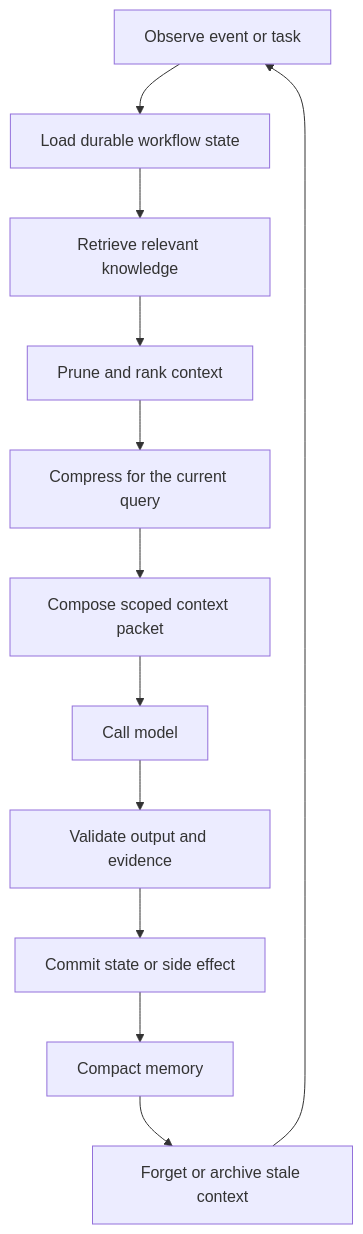
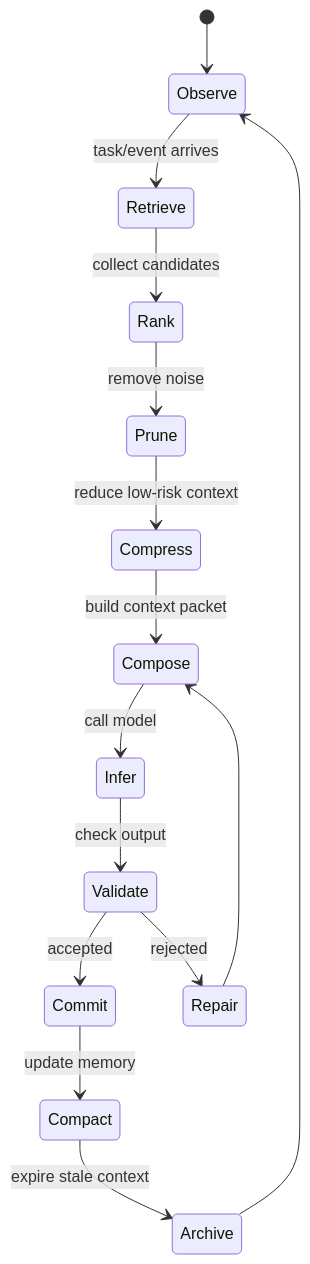
Before and after one commit to MirrorNeuronLab/mn-website: the third of 3 diagrams in src/content/blog/memory-is-not-just-context-window-stuffing.mdx, drawn with Mermaid. The commit also changed other lines of this file, not shown here.

````diff
--- a/src/content/blog/memory-is-not-just-context-window-stuffing.mdx
+++ b/src/content/blog/memory-is-not-just-context-window-stuffing.mdx
@@ -195,14 +417,17 @@
 ```mermaid
-flowchart TD
-  s1["Observe event or task"] --> s2["Load durable workflow state"]
-  s2 --> s3["Retrieve relevant knowledge"]
-  s3 --> s4["Prune and rank context"]
-  s4 --> s5["Compress for the current query"]
-  s5 --> s6["Compose scoped context packet"]
-  s6 --> s7["Call model"]
-  s7 --> s8["Validate output and evidence"]
-  s8 --> s9["Commit state or side effect"]
-  s9 --> s10["Compact memory"]
-  s10 --> s11["Forget or archive stale context"]
-  s11 --> s1
+stateDiagram-v2
+  [*] --> Observe
+  Observe --> Retrieve: task/event arrives
+  Retrieve --> Rank: collect candidates
+  Rank --> Prune: remove noise
+  Prune --> Compress: reduce low-risk context
+  Compress --> Compose: build context packet
+  Compose --> Infer: call model
+  Infer --> Validate: check output
+  Validate --> Commit: accepted
+  Validate --> Repair: rejected
+  Repair --> Compose
+  Commit --> Compact: update memory
+  Compact --> Archive: expire stale context
+  Archive --> Observe
 ```
````
